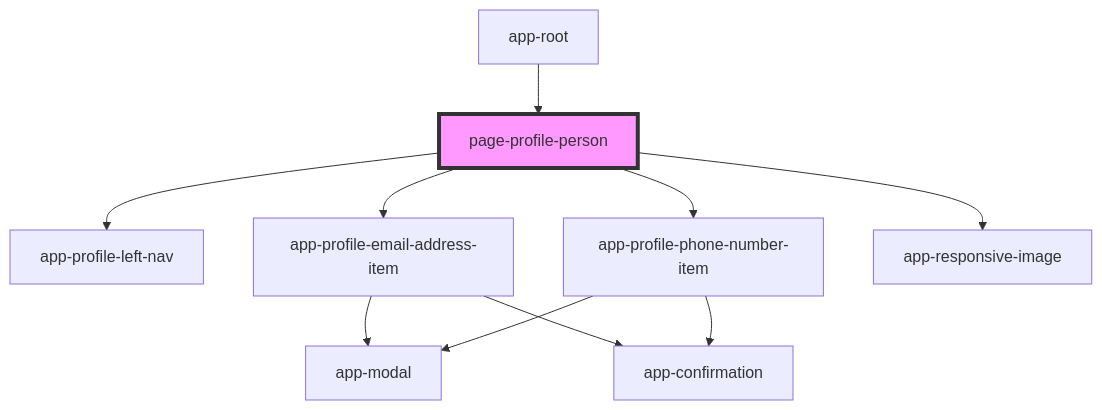
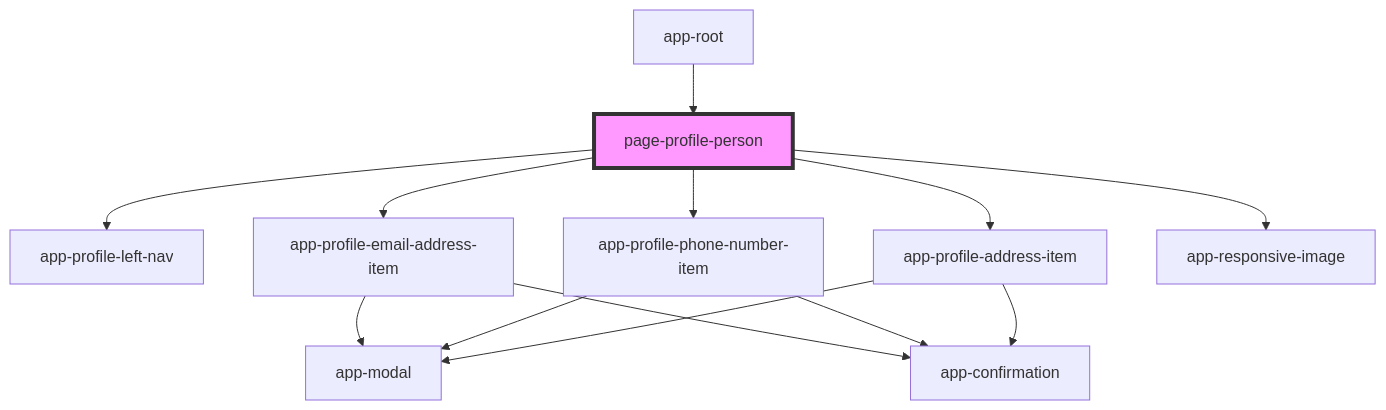
One commit to lokheed/IconEventNetwork.Web changed the diagram in iconeventnetwork-web/src/components/pages/page-profile-person/readme.md. Above: the diagram before and after it, drawn with Mermaid. The commit also changed other lines of this file and 21 other files, not shown here.

````diff
--- a/iconeventnetwork-web/src/components/pages/page-profile-person/readme.md
+++ b/iconeventnetwork-web/src/components/pages/page-profile-person/readme.md
@@ -22,13 +23,16 @@
 ```mermaid
 graph TD;
   page-profile-person --> app-profile-left-nav
   page-profile-person --> app-profile-email-address-item
   page-profile-person --> app-profile-phone-number-item
+  page-profile-person --> app-profile-address-item
   page-profile-person --> app-responsive-image
   app-profile-email-address-item --> app-modal
   app-profile-email-address-item --> app-confirmation
   app-profile-phone-number-item --> app-modal
   app-profile-phone-number-item --> app-confirmation
+  app-profile-address-item --> app-modal
+  app-profile-address-item --> app-confirmation
   app-root --> page-profile-person
   style page-profile-person fill:#f9f,stroke:#333,stroke-width:4px
 ```
````
